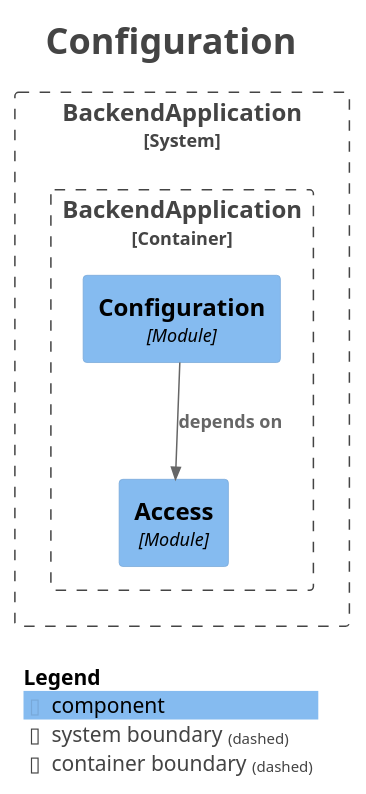
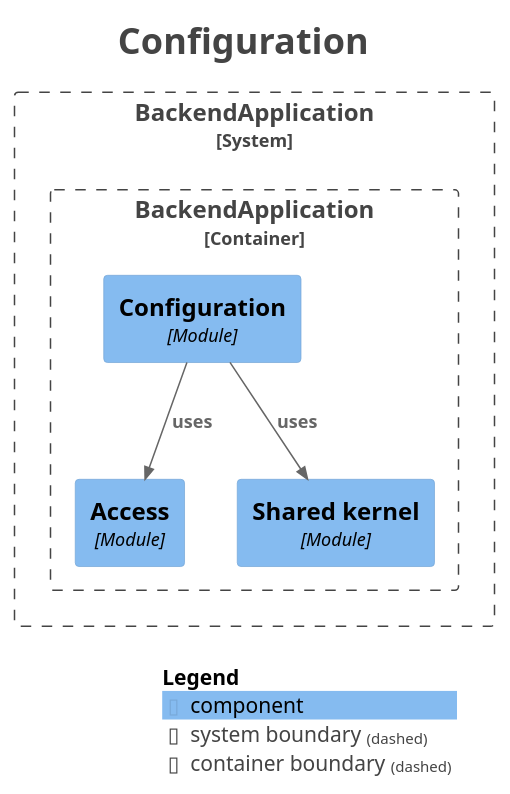
Before and after one commit to fxavier/restaurantePRO: the diagram in docs/architecture/modules/module-config.puml, drawn with PlantUML. The commit also changed 23 other files, not shown here.

First line of the commit message:
docs(architecture): regenerate the module documentation for R2

```diff
--- a/docs/architecture/modules/module-config.puml
+++ b/docs/architecture/modules/module-config.puml
@@ -1,30 +1,32 @@
 @startuml
 title <size:24>Configuration</size>
 
 set separator none
 top to bottom direction
 
 <style>
   root {
     BackgroundColor: #ffffff
     FontColor: #444444
   }
 </style>
 
 !include <C4/C4>
 !include <C4/C4_Context>
 !include <C4/C4_Component>
 
 System_Boundary("BackendApplication_boundary", "BackendApplication", $tags="") {
   Container_Boundary("BackendApplication.BackendApplication_boundary", "BackendApplication", $tags="") {
     Component(BackendApplication.BackendApplication.Access, "Access", $techn="Module", $descr="", $tags="", $link="")
+    Component(BackendApplication.BackendApplication.Sharedkernel, "Shared kernel", $techn="Module", $descr="", $tags="", $link="")
     Component(BackendApplication.BackendApplication.Configuration, "Configuration", $techn="Module", $descr="", $tags="", $link="")
   }
 
 }
 
-Rel(BackendApplication.BackendApplication.Configuration, BackendApplication.BackendApplication.Access, "depends on", $techn="", $tags="", $link="")
+Rel(BackendApplication.BackendApplication.Configuration, BackendApplication.BackendApplication.Access, "uses", $techn="", $tags="", $link="")
+Rel(BackendApplication.BackendApplication.Configuration, BackendApplication.BackendApplication.Sharedkernel, "uses", $techn="", $tags="", $link="")
 
 SHOW_LEGEND(true)
 hide stereotypes
 @enduml
```
